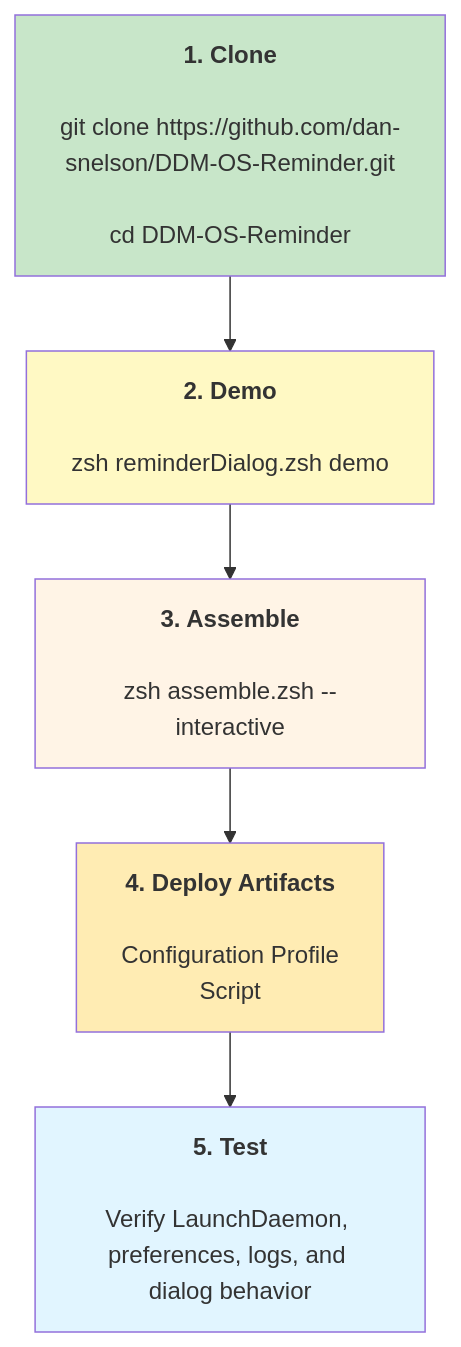
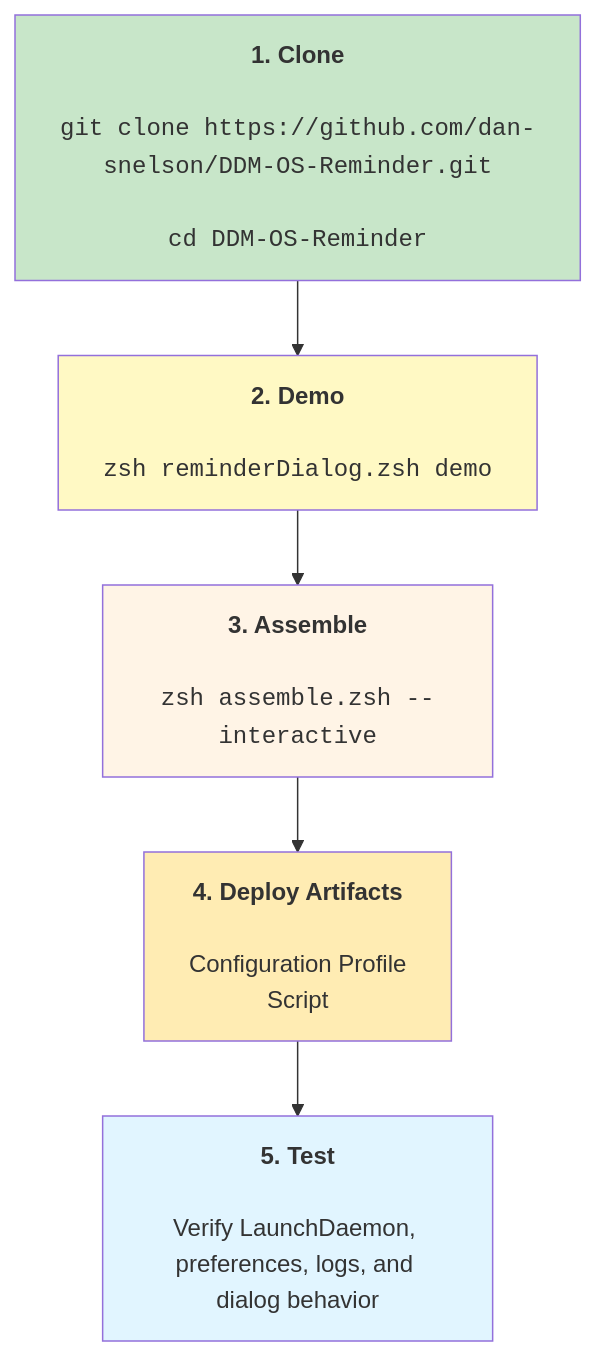
Before and after one commit to dan-snelson/DDM-OS-Reminder: the diagram in Diagrams/00-overview.md, drawn with Mermaid. The commit also changed 1 other file, not shown here.

````diff
--- a/Diagrams/00-overview.md
+++ b/Diagrams/00-overview.md
@@ -5,16 +5,16 @@
 ```mermaid
 flowchart TD
-    Clone["<b>1. Clone</b><br/><br/>git&nbsp;clone&nbsp;https://github.com/dan-snelson/DDM-OS-Reminder.git<br/><br/>cd&nbsp;DDM-OS-Reminder"]
-    Demo["<b>2. Demo</b><br/><br/>zsh&nbsp;reminderDialog.zsh&nbsp;demo"]
-    Assemble["<b>3. Assemble</b><br/><br/>zsh&nbsp;assemble.zsh&nbsp;--interactive"]
+    Clone["<b>1. Clone</b><br/><br/><code>git&nbsp;clone&nbsp;https://github.com/dan-snelson/DDM-OS-Reminder.git</code><br/><br/><code>cd&nbsp;DDM-OS-Reminder</code>"]
+    Demo["<b>2. Demo</b><br/><br/><code>zsh&nbsp;reminderDialog.zsh&nbsp;demo</code>"]
+    Assemble["<b>3. Assemble</b><br/><br/><code>zsh&nbsp;assemble.zsh&nbsp;--interactive</code>"]
     Deploy["<b>4. Deploy Artifacts</b><br/><br/>Configuration Profile<br/>Script"]
     Test["<b>5. Test</b><br/><br/>Verify LaunchDaemon, preferences, logs, and dialog behavior"]
 
     Clone --> Demo --> Assemble --> Deploy --> Test
 
     style Clone fill:#c8e6c9
     style Demo fill:#fff9c4
     style Assemble fill:#fff4e6
     style Deploy fill:#ffecb3
     style Test fill:#e1f5ff
 ```
````
